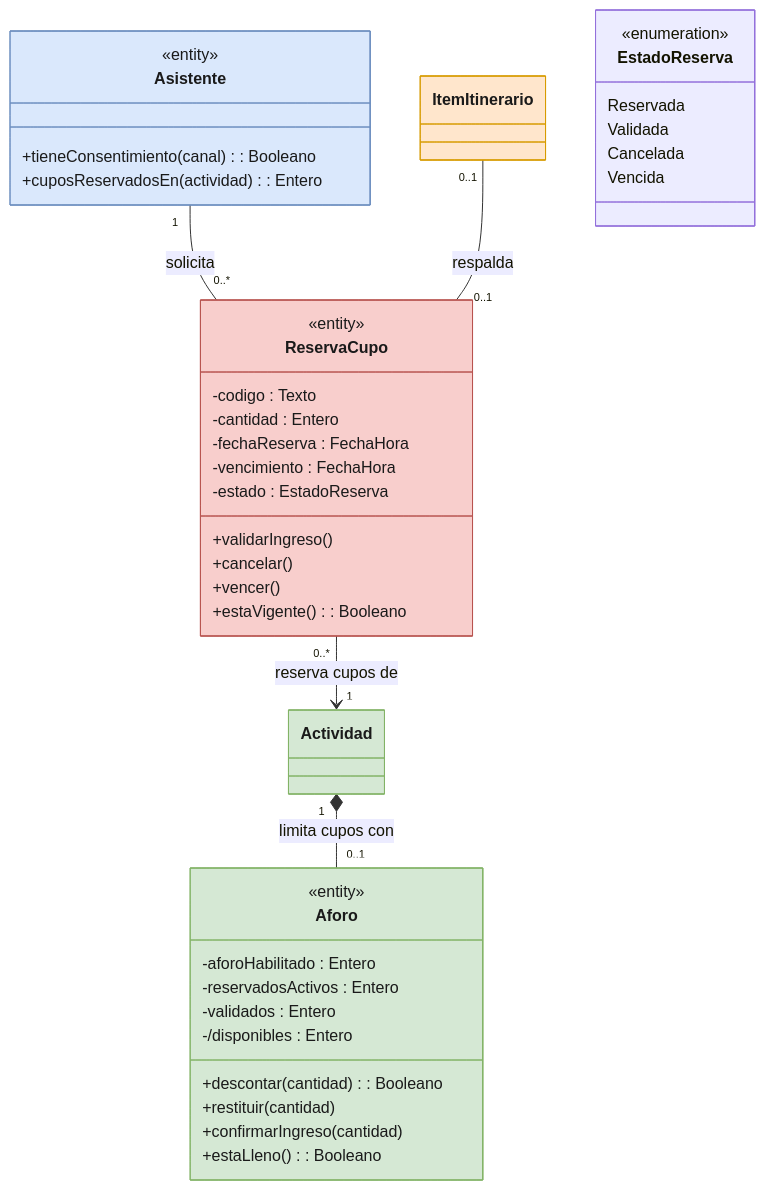
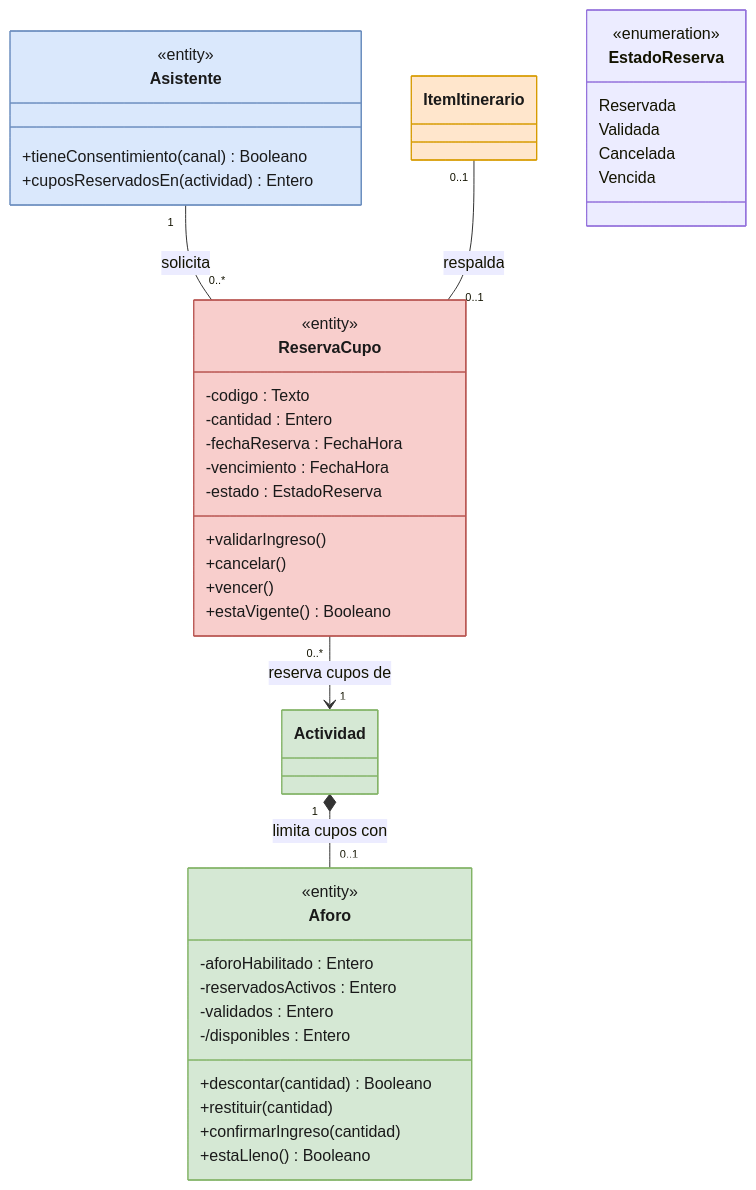
The fourth of 7 diagrams in docs/architecture/02-logical-view.md (ArquitecturaSoftwareEC-UNI/FIAVL_ProyectoBIM), drawn with Mermaid before and after one commit. The commit also changed other lines of this file and 1 other file, not shown here.

First line of the commit message:
docs(arch): add complete class diagram to logical view

````diff
--- a/docs/architecture/02-logical-view.md
+++ b/docs/architecture/02-logical-view.md
@@ -295,50 +536,50 @@
 ```mermaid
 classDiagram
   direction TB
   class ReservaCupo {
     <<entity>>
     -codigo : Texto
     -cantidad : Entero
     -fechaReserva : FechaHora
     -vencimiento : FechaHora
     -estado : EstadoReserva
     +validarIngreso()
     +cancelar()
     +vencer()
-    +estaVigente() : Booleano
+    +estaVigente() Booleano
   }
   class Aforo {
     <<entity>>
     -aforoHabilitado : Entero
     -reservadosActivos : Entero
     -validados : Entero
     -/disponibles : Entero
-    +descontar(cantidad) : Booleano
+    +descontar(cantidad) Booleano
     +restituir(cantidad)
     +confirmarIngreso(cantidad)
-    +estaLleno() : Booleano
+    +estaLleno() Booleano
   }
   class Asistente {
     <<entity>>
-    +tieneConsentimiento(canal) : Booleano
-    +cuposReservadosEn(actividad) : Entero
+    +tieneConsentimiento(canal) Booleano
+    +cuposReservadosEn(actividad) Entero
   }
   class Actividad
   class ItemItinerario
   class EstadoReserva {
     <<enumeration>>
     Reservada
     Validada
     Cancelada
     Vencida
   }
   Asistente "1" -- "0..*" ReservaCupo : solicita
   ReservaCupo "0..*" --> "1" Actividad : reserva cupos de
   ItemItinerario "0..1" -- "0..1" ReservaCupo : respalda
   Actividad "1" *-- "0..1" Aforo : limita cupos con
   style Aforo fill:#D5E8D4,stroke:#82B366,color:#1a1a1a
   style ItemItinerario fill:#FFE6CC,stroke:#D79B00,color:#1a1a1a
+  style ReservaCupo fill:#F8CECC,stroke:#B85450,color:#1a1a1a
   style Actividad fill:#D5E8D4,stroke:#82B366,color:#1a1a1a
   style Asistente fill:#DAE8FC,stroke:#6C8EBF,color:#1a1a1a
-  style ReservaCupo fill:#F8CECC,stroke:#B85450,color:#1a1a1a
 ```
````
